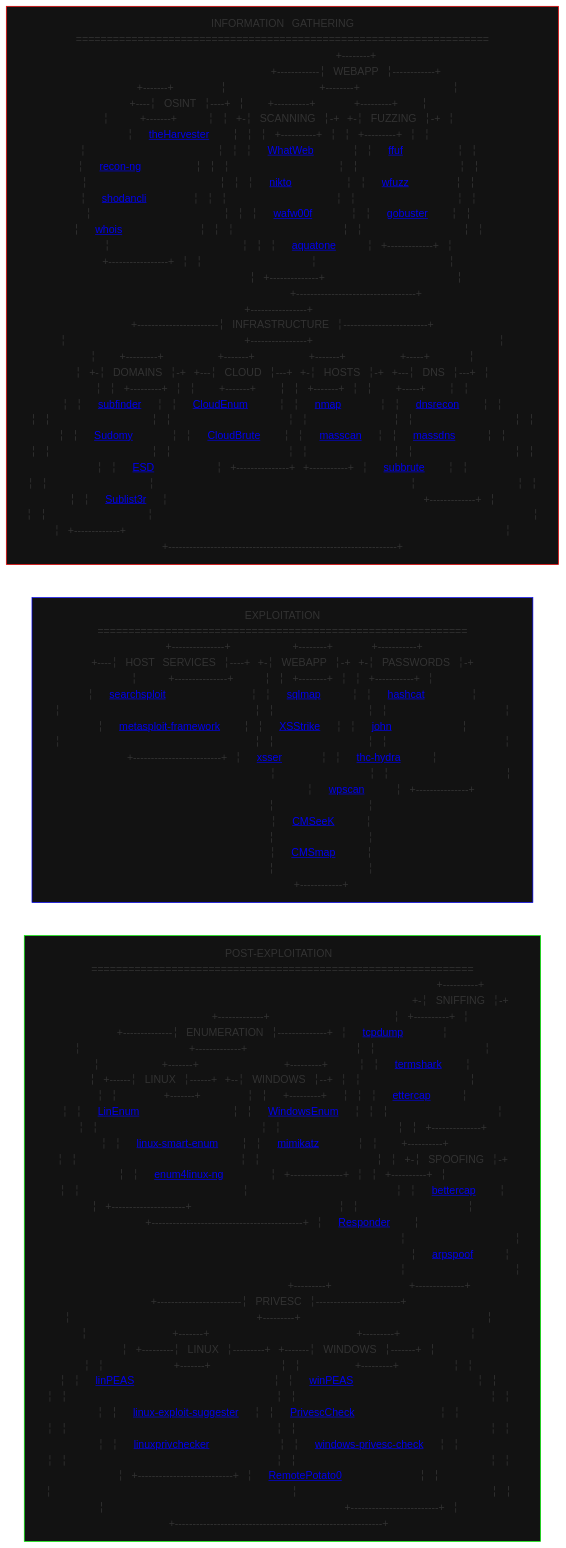
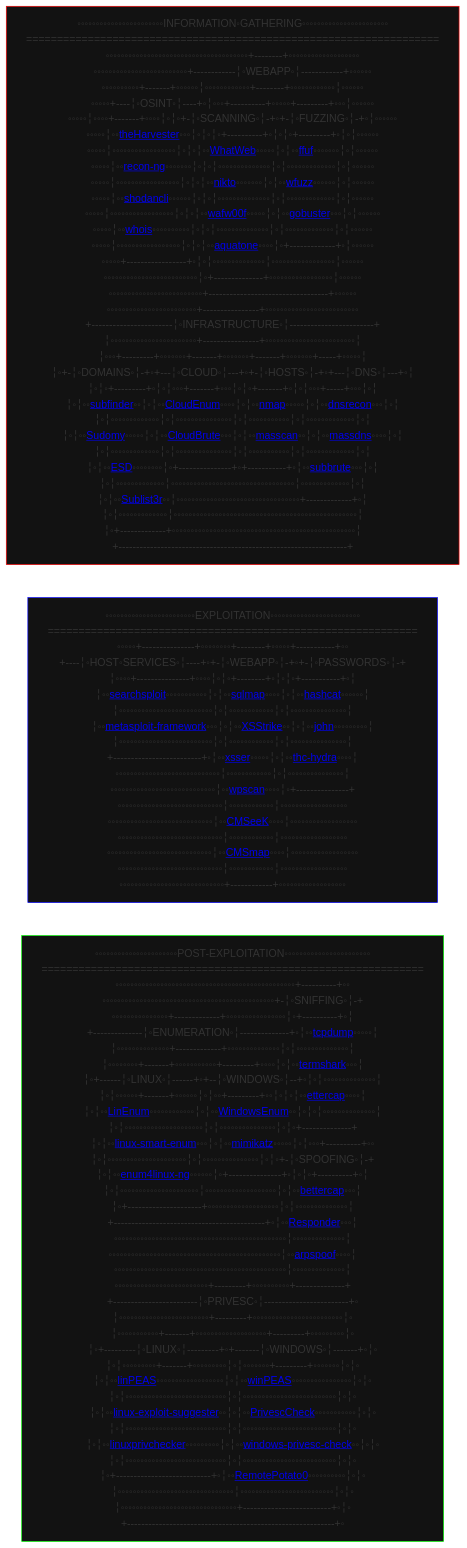
The diagram in README.md (Skalyaeve/a-process), drawn with Mermaid before and after one commit.

````diff
--- a/README.md
+++ b/README.md
@@ -1,99 +1,99 @@
 ```mermaid
 graph LR
 information-gathering[
-⠀⠀⠀⠀⠀⠀⠀⠀⠀⠀⠀⠀⠀⠀⠀⠀⠀⠀⠀⠀⠀⠀⠀INFORMATION⠀GATHERING⠀⠀⠀⠀⠀⠀⠀⠀⠀⠀⠀⠀⠀⠀⠀⠀⠀⠀⠀⠀⠀⠀⠀
+◦◦◦◦◦◦◦◦◦◦◦◦◦◦◦◦◦◦◦◦◦◦◦INFORMATION◦GATHERING◦◦◦◦◦◦◦◦◦◦◦◦◦◦◦◦◦◦◦◦◦◦◦
 ===================================================================
-⠀⠀⠀⠀⠀⠀⠀⠀⠀⠀⠀⠀⠀⠀⠀⠀⠀⠀⠀⠀⠀⠀⠀⠀⠀⠀⠀⠀⠀⠀⠀⠀⠀⠀⠀⠀⠀⠀+--------+⠀⠀⠀⠀⠀⠀⠀⠀⠀⠀⠀⠀⠀⠀⠀⠀⠀⠀⠀
-⠀⠀⠀⠀⠀⠀⠀⠀⠀⠀⠀⠀⠀⠀⠀⠀⠀⠀⠀⠀⠀⠀⠀⠀⠀+------------╎⠀WEBAPP⠀╎------------+⠀⠀⠀⠀⠀⠀
-⠀⠀⠀⠀⠀⠀⠀⠀⠀⠀+-------+⠀⠀⠀⠀⠀⠀╎⠀⠀⠀⠀⠀⠀⠀⠀⠀⠀⠀⠀+--------+⠀⠀⠀⠀⠀⠀⠀⠀⠀⠀⠀⠀╎⠀⠀⠀⠀⠀⠀
-⠀⠀⠀⠀⠀+----╎⠀OSINT⠀╎----+⠀╎⠀⠀⠀+----------+⠀⠀⠀⠀⠀+---------+⠀⠀⠀╎⠀⠀⠀⠀⠀⠀
-⠀⠀⠀⠀⠀╎⠀⠀⠀⠀+-------+⠀⠀⠀⠀╎⠀╎⠀+-╎⠀SCANNING⠀╎-+⠀+-╎⠀FUZZING⠀╎-+⠀╎⠀⠀⠀⠀⠀⠀
-⠀⠀⠀⠀⠀╎⠀⠀<a href='https://github.com/laramies/theHarvester'>theHarvester</a>⠀⠀⠀╎⠀╎⠀╎⠀+----------+⠀╎⠀╎⠀+---------+⠀╎⠀╎⠀⠀⠀⠀⠀⠀
-⠀⠀⠀⠀⠀╎⠀⠀⠀⠀⠀⠀⠀⠀⠀⠀⠀⠀⠀⠀⠀⠀⠀╎⠀╎⠀╎⠀⠀<a href='https://github.com/urbanadventurer/WhatWeb'>WhatWeb</a>⠀⠀⠀⠀⠀╎⠀╎⠀⠀<a href='https://github.com/ffuf/ffuf'>ffuf</a>⠀⠀⠀⠀⠀⠀⠀╎⠀╎⠀⠀⠀⠀⠀⠀
-⠀⠀⠀⠀⠀╎⠀⠀<a href='https://github.com/lanmaster53/recon-ng'>recon-ng</a>⠀⠀⠀⠀⠀⠀⠀╎⠀╎⠀╎⠀⠀⠀⠀⠀⠀⠀⠀⠀⠀⠀⠀⠀⠀╎⠀╎⠀⠀⠀⠀⠀⠀⠀⠀⠀⠀⠀⠀⠀╎⠀╎⠀⠀⠀⠀⠀⠀
-⠀⠀⠀⠀⠀╎⠀⠀⠀⠀⠀⠀⠀⠀⠀⠀⠀⠀⠀⠀⠀⠀⠀╎⠀╎⠀╎⠀⠀<a href='https://github.com/sullo/nikto'>nikto</a>⠀⠀⠀⠀⠀⠀⠀╎⠀╎⠀⠀<a href='https://github.com/xmendez/wfuzz'>wfuzz</a>⠀⠀⠀⠀⠀⠀╎⠀╎⠀⠀⠀⠀⠀⠀
-⠀⠀⠀⠀⠀╎⠀⠀<a href='https://github.com/malinkinsa/shodancli'>shodancli</a>⠀⠀⠀⠀⠀⠀╎⠀╎⠀╎⠀⠀⠀⠀⠀⠀⠀⠀⠀⠀⠀⠀⠀⠀╎⠀╎⠀⠀⠀⠀⠀⠀⠀⠀⠀⠀⠀⠀⠀╎⠀╎⠀⠀⠀⠀⠀⠀
-⠀⠀⠀⠀⠀╎⠀⠀⠀⠀⠀⠀⠀⠀⠀⠀⠀⠀⠀⠀⠀⠀⠀╎⠀╎⠀╎⠀⠀<a href='https://github.com/EnableSecurity/wafw00f'>wafw00f</a>⠀⠀⠀⠀⠀╎⠀╎⠀⠀<a href='https://github.com/OJ/gobuster'>gobuster</a>⠀⠀⠀╎⠀╎⠀⠀⠀⠀⠀⠀
-⠀⠀⠀⠀⠀╎⠀⠀<a href='https://github.com/weppos/whois'>whois</a>⠀⠀⠀⠀⠀⠀⠀⠀⠀⠀╎⠀╎⠀╎⠀⠀⠀⠀⠀⠀⠀⠀⠀⠀⠀⠀⠀⠀╎⠀╎⠀⠀⠀⠀⠀⠀⠀⠀⠀⠀⠀⠀⠀╎⠀╎⠀⠀⠀⠀⠀⠀
-⠀⠀⠀⠀⠀╎⠀⠀⠀⠀⠀⠀⠀⠀⠀⠀⠀⠀⠀⠀⠀⠀⠀╎⠀╎⠀╎⠀⠀<a href='https://github.com/michenriksen/aquatone'>aquatone</a>⠀⠀⠀⠀╎⠀+-------------+⠀╎⠀⠀⠀⠀⠀⠀
-⠀⠀⠀⠀⠀+-----------------+⠀╎⠀╎⠀⠀⠀⠀⠀⠀⠀⠀⠀⠀⠀⠀⠀⠀╎⠀⠀⠀⠀⠀⠀⠀⠀⠀⠀⠀⠀⠀⠀⠀⠀⠀╎⠀⠀⠀⠀⠀⠀
-⠀⠀⠀⠀⠀⠀⠀⠀⠀⠀⠀⠀⠀⠀⠀⠀⠀⠀⠀⠀⠀⠀⠀⠀⠀╎⠀+--------------+⠀⠀⠀⠀⠀⠀⠀⠀⠀⠀⠀⠀⠀⠀⠀⠀⠀╎⠀⠀⠀⠀⠀⠀
-⠀⠀⠀⠀⠀⠀⠀⠀⠀⠀⠀⠀⠀⠀⠀⠀⠀⠀⠀⠀⠀⠀⠀⠀⠀+----------------------------------+⠀⠀⠀⠀⠀⠀
-⠀⠀⠀⠀⠀⠀⠀⠀⠀⠀⠀⠀⠀⠀⠀⠀⠀⠀⠀⠀⠀⠀⠀⠀+----------------+⠀⠀⠀⠀⠀⠀⠀⠀⠀⠀⠀⠀⠀⠀⠀⠀⠀⠀⠀⠀⠀⠀⠀⠀⠀
-+-----------------------╎⠀INFRASTRUCTURE⠀╎------------------------+
-╎⠀⠀⠀⠀⠀⠀⠀⠀⠀⠀⠀⠀⠀⠀⠀⠀⠀⠀⠀⠀⠀⠀⠀+----------------+⠀⠀⠀⠀⠀⠀⠀⠀⠀⠀⠀⠀⠀⠀⠀⠀⠀⠀⠀⠀⠀⠀⠀⠀╎
-╎⠀⠀⠀+---------+⠀⠀⠀⠀⠀⠀⠀+-------+⠀⠀⠀⠀⠀⠀⠀+-------+⠀⠀⠀⠀⠀⠀⠀+-----+⠀⠀⠀⠀⠀╎
-╎⠀+-╎⠀DOMAINS⠀╎-+⠀+---╎⠀CLOUD⠀╎---+⠀+-╎⠀HOSTS⠀╎-+⠀+---╎⠀DNS⠀╎---+⠀╎
-╎⠀╎⠀+---------+⠀╎⠀╎⠀⠀⠀+-------+⠀⠀⠀╎⠀╎⠀+-------+⠀╎⠀╎⠀⠀⠀+-----+⠀⠀⠀╎⠀╎
-╎⠀╎⠀⠀<a href='https://github.com/projectdiscovery/subfinder'>subfinder</a>⠀⠀╎⠀╎⠀⠀<a href='https://github.com/initstring/cloud_enum'>CloudEnum</a>⠀⠀⠀⠀╎⠀╎⠀⠀<a href='https://github.com/nmap/nmap'>nmap</a>⠀⠀⠀⠀⠀╎⠀╎⠀⠀<a href='https://github.com/darkoperator/dnsrecon'>dnsrecon</a>⠀⠀⠀╎⠀╎
-╎⠀╎⠀⠀⠀⠀⠀⠀⠀⠀⠀⠀⠀⠀⠀╎⠀╎⠀⠀⠀⠀⠀⠀⠀⠀⠀⠀⠀⠀⠀⠀⠀╎⠀╎⠀⠀⠀⠀⠀⠀⠀⠀⠀⠀⠀╎⠀╎⠀⠀⠀⠀⠀⠀⠀⠀⠀⠀⠀⠀⠀╎⠀╎
-╎⠀╎⠀⠀<a href='https://github.com/screetsec/Sudomy'>Sudomy</a>⠀⠀⠀⠀⠀╎⠀╎⠀⠀<a href='https://github.com/0xsha/CloudBrute'>CloudBrute</a>⠀⠀⠀╎⠀╎⠀⠀<a href='https://github.com/robertdavidgraham/masscan'>masscan</a>⠀⠀╎⠀╎⠀⠀<a href='https://github.com/blechschmidt/massdns'>massdns</a>⠀⠀⠀⠀╎⠀╎
-╎⠀╎⠀⠀⠀⠀⠀⠀⠀⠀⠀⠀⠀⠀⠀╎⠀╎⠀⠀⠀⠀⠀⠀⠀⠀⠀⠀⠀⠀⠀⠀⠀╎⠀╎⠀⠀⠀⠀⠀⠀⠀⠀⠀⠀⠀╎⠀╎⠀⠀⠀⠀⠀⠀⠀⠀⠀⠀⠀⠀⠀╎⠀╎
-╎⠀╎⠀⠀<a href='https://github.com/FeeiCN/ESD?tab=readme-ov-file'>ESD</a>⠀⠀⠀⠀⠀⠀⠀⠀╎⠀+---------------+⠀+-----------+⠀╎⠀⠀<a href='https://github.com/TheRook/subbrute'>subbrute</a>⠀⠀⠀╎⠀╎
-╎⠀╎⠀⠀⠀⠀⠀⠀⠀⠀⠀⠀⠀⠀⠀╎⠀⠀⠀⠀⠀⠀⠀⠀⠀⠀⠀⠀⠀⠀⠀⠀⠀⠀⠀⠀⠀⠀⠀⠀⠀⠀⠀⠀⠀⠀⠀⠀⠀╎⠀⠀⠀⠀⠀⠀⠀⠀⠀⠀⠀⠀⠀╎⠀╎
-╎⠀╎⠀⠀<a href='https://github.com/aboul3la/Sublist3r'>Sublist3r</a>⠀⠀╎⠀⠀⠀⠀⠀⠀⠀⠀⠀⠀⠀⠀⠀⠀⠀⠀⠀⠀⠀⠀⠀⠀⠀⠀⠀⠀⠀⠀⠀⠀⠀⠀⠀+-------------+⠀╎
-╎⠀╎⠀⠀⠀⠀⠀⠀⠀⠀⠀⠀⠀⠀⠀╎⠀⠀⠀⠀⠀⠀⠀⠀⠀⠀⠀⠀⠀⠀⠀⠀⠀⠀⠀⠀⠀⠀⠀⠀⠀⠀⠀⠀⠀⠀⠀⠀⠀⠀⠀⠀⠀⠀⠀⠀⠀⠀⠀⠀⠀⠀⠀⠀⠀╎
-╎⠀+-------------+⠀⠀⠀⠀⠀⠀⠀⠀⠀⠀⠀⠀⠀⠀⠀⠀⠀⠀⠀⠀⠀⠀⠀⠀⠀⠀⠀⠀⠀⠀⠀⠀⠀⠀⠀⠀⠀⠀⠀⠀⠀⠀⠀⠀⠀⠀⠀⠀⠀╎
+◦◦◦◦◦◦◦◦◦◦◦◦◦◦◦◦◦◦◦◦◦◦◦◦◦◦◦◦◦◦◦◦◦◦◦◦◦◦+--------+◦◦◦◦◦◦◦◦◦◦◦◦◦◦◦◦◦◦◦
+◦◦◦◦◦◦◦◦◦◦◦◦◦◦◦◦◦◦◦◦◦◦◦◦◦+------------╎◦WEBAPP◦╎------------+◦◦◦◦◦◦
+◦◦◦◦◦◦◦◦◦◦+-------+◦◦◦◦◦◦╎◦◦◦◦◦◦◦◦◦◦◦◦+--------+◦◦◦◦◦◦◦◦◦◦◦◦╎◦◦◦◦◦◦
+◦◦◦◦◦+----╎◦OSINT◦╎----+◦╎◦◦◦+----------+◦◦◦◦◦+---------+◦◦◦╎◦◦◦◦◦◦
+◦◦◦◦◦╎◦◦◦◦+-------+◦◦◦◦╎◦╎◦+-╎◦SCANNING◦╎-+◦+-╎◦FUZZING◦╎-+◦╎◦◦◦◦◦◦
+◦◦◦◦◦╎◦◦<a href='https://github.com/laramies/theHarvester'>theHarvester</a>◦◦◦╎◦╎◦╎◦+----------+◦╎◦╎◦+---------+◦╎◦╎◦◦◦◦◦◦
+◦◦◦◦◦╎◦◦◦◦◦◦◦◦◦◦◦◦◦◦◦◦◦╎◦╎◦╎◦◦<a href='https://github.com/urbanadventurer/WhatWeb'>WhatWeb</a>◦◦◦◦◦╎◦╎◦◦<a href='https://github.com/ffuf/ffuf'>ffuf</a>◦◦◦◦◦◦◦╎◦╎◦◦◦◦◦◦
+◦◦◦◦◦╎◦◦<a href='https://github.com/lanmaster53/recon-ng'>recon-ng</a>◦◦◦◦◦◦◦╎◦╎◦╎◦◦◦◦◦◦◦◦◦◦◦◦◦◦╎◦╎◦◦◦◦◦◦◦◦◦◦◦◦◦╎◦╎◦◦◦◦◦◦
+◦◦◦◦◦╎◦◦◦◦◦◦◦◦◦◦◦◦◦◦◦◦◦╎◦╎◦╎◦◦<a href='https://github.com/sullo/nikto'>nikto</a>◦◦◦◦◦◦◦╎◦╎◦◦<a href='https://github.com/xmendez/wfuzz'>wfuzz</a>◦◦◦◦◦◦╎◦╎◦◦◦◦◦◦
+◦◦◦◦◦╎◦◦<a href='https://github.com/malinkinsa/shodancli'>shodancli</a>◦◦◦◦◦◦╎◦╎◦╎◦◦◦◦◦◦◦◦◦◦◦◦◦◦╎◦╎◦◦◦◦◦◦◦◦◦◦◦◦◦╎◦╎◦◦◦◦◦◦
+◦◦◦◦◦╎◦◦◦◦◦◦◦◦◦◦◦◦◦◦◦◦◦╎◦╎◦╎◦◦<a href='https://github.com/EnableSecurity/wafw00f'>wafw00f</a>◦◦◦◦◦╎◦╎◦◦<a href='https://github.com/OJ/gobuster'>gobuster</a>◦◦◦╎◦╎◦◦◦◦◦◦
+◦◦◦◦◦╎◦◦<a href='https://github.com/weppos/whois'>whois</a>◦◦◦◦◦◦◦◦◦◦╎◦╎◦╎◦◦◦◦◦◦◦◦◦◦◦◦◦◦╎◦╎◦◦◦◦◦◦◦◦◦◦◦◦◦╎◦╎◦◦◦◦◦◦
+◦◦◦◦◦╎◦◦◦◦◦◦◦◦◦◦◦◦◦◦◦◦◦╎◦╎◦╎◦◦<a href='https://github.com/michenriksen/aquatone'>aquatone</a>◦◦◦◦╎◦+-------------+◦╎◦◦◦◦◦◦
+◦◦◦◦◦+-----------------+◦╎◦╎◦◦◦◦◦◦◦◦◦◦◦◦◦◦╎◦◦◦◦◦◦◦◦◦◦◦◦◦◦◦◦◦╎◦◦◦◦◦◦
+◦◦◦◦◦◦◦◦◦◦◦◦◦◦◦◦◦◦◦◦◦◦◦◦◦╎◦+--------------+◦◦◦◦◦◦◦◦◦◦◦◦◦◦◦◦◦╎◦◦◦◦◦◦
+◦◦◦◦◦◦◦◦◦◦◦◦◦◦◦◦◦◦◦◦◦◦◦◦◦+----------------------------------+◦◦◦◦◦◦
+◦◦◦◦◦◦◦◦◦◦◦◦◦◦◦◦◦◦◦◦◦◦◦◦+----------------+◦◦◦◦◦◦◦◦◦◦◦◦◦◦◦◦◦◦◦◦◦◦◦◦◦
++-----------------------╎◦INFRASTRUCTURE◦╎------------------------+
+╎◦◦◦◦◦◦◦◦◦◦◦◦◦◦◦◦◦◦◦◦◦◦◦+----------------+◦◦◦◦◦◦◦◦◦◦◦◦◦◦◦◦◦◦◦◦◦◦◦◦╎
+╎◦◦◦+---------+◦◦◦◦◦◦◦+-------+◦◦◦◦◦◦◦+-------+◦◦◦◦◦◦◦+-----+◦◦◦◦◦╎
+╎◦+-╎◦DOMAINS◦╎-+◦+---╎◦CLOUD◦╎---+◦+-╎◦HOSTS◦╎-+◦+---╎◦DNS◦╎---+◦╎
+╎◦╎◦+---------+◦╎◦╎◦◦◦+-------+◦◦◦╎◦╎◦+-------+◦╎◦╎◦◦◦+-----+◦◦◦╎◦╎
+╎◦╎◦◦<a href='https://github.com/projectdiscovery/subfinder'>subfinder</a>◦◦╎◦╎◦◦<a href='https://github.com/initstring/cloud_enum'>CloudEnum</a>◦◦◦◦╎◦╎◦◦<a href='https://github.com/nmap/nmap'>nmap</a>◦◦◦◦◦╎◦╎◦◦<a href='https://github.com/darkoperator/dnsrecon'>dnsrecon</a>◦◦◦╎◦╎
+╎◦╎◦◦◦◦◦◦◦◦◦◦◦◦◦╎◦╎◦◦◦◦◦◦◦◦◦◦◦◦◦◦◦╎◦╎◦◦◦◦◦◦◦◦◦◦◦╎◦╎◦◦◦◦◦◦◦◦◦◦◦◦◦╎◦╎
+╎◦╎◦◦<a href='https://github.com/screetsec/Sudomy'>Sudomy</a>◦◦◦◦◦╎◦╎◦◦<a href='https://github.com/0xsha/CloudBrute'>CloudBrute</a>◦◦◦╎◦╎◦◦<a href='https://github.com/robertdavidgraham/masscan'>masscan</a>◦◦╎◦╎◦◦<a href='https://github.com/blechschmidt/massdns'>massdns</a>◦◦◦◦╎◦╎
+╎◦╎◦◦◦◦◦◦◦◦◦◦◦◦◦╎◦╎◦◦◦◦◦◦◦◦◦◦◦◦◦◦◦╎◦╎◦◦◦◦◦◦◦◦◦◦◦╎◦╎◦◦◦◦◦◦◦◦◦◦◦◦◦╎◦╎
+╎◦╎◦◦<a href='https://github.com/FeeiCN/ESD?tab=readme-ov-file'>ESD</a>◦◦◦◦◦◦◦◦╎◦+---------------+◦+-----------+◦╎◦◦<a href='https://github.com/TheRook/subbrute'>subbrute</a>◦◦◦╎◦╎
+╎◦╎◦◦◦◦◦◦◦◦◦◦◦◦◦╎◦◦◦◦◦◦◦◦◦◦◦◦◦◦◦◦◦◦◦◦◦◦◦◦◦◦◦◦◦◦◦◦◦╎◦◦◦◦◦◦◦◦◦◦◦◦◦╎◦╎
+╎◦╎◦◦<a href='https://github.com/aboul3la/Sublist3r'>Sublist3r</a>◦◦╎◦◦◦◦◦◦◦◦◦◦◦◦◦◦◦◦◦◦◦◦◦◦◦◦◦◦◦◦◦◦◦◦◦+-------------+◦╎
+╎◦╎◦◦◦◦◦◦◦◦◦◦◦◦◦╎◦◦◦◦◦◦◦◦◦◦◦◦◦◦◦◦◦◦◦◦◦◦◦◦◦◦◦◦◦◦◦◦◦◦◦◦◦◦◦◦◦◦◦◦◦◦◦◦◦╎
+╎◦+-------------+◦◦◦◦◦◦◦◦◦◦◦◦◦◦◦◦◦◦◦◦◦◦◦◦◦◦◦◦◦◦◦◦◦◦◦◦◦◦◦◦◦◦◦◦◦◦◦◦◦╎
 +-----------------------------------------------------------------+
 ]
 exploitation[
-⠀⠀⠀⠀⠀⠀⠀⠀⠀⠀⠀⠀⠀⠀⠀⠀⠀⠀⠀⠀⠀⠀⠀⠀EXPLOITATION⠀⠀⠀⠀⠀⠀⠀⠀⠀⠀⠀⠀⠀⠀⠀⠀⠀⠀⠀⠀⠀⠀⠀⠀
+◦◦◦◦◦◦◦◦◦◦◦◦◦◦◦◦◦◦◦◦◦◦◦◦EXPLOITATION◦◦◦◦◦◦◦◦◦◦◦◦◦◦◦◦◦◦◦◦◦◦◦◦
 ============================================================
-⠀⠀⠀⠀⠀+---------------+⠀⠀⠀⠀⠀⠀⠀⠀+--------+⠀⠀⠀⠀⠀+-----------+⠀⠀
-+----╎⠀HOST⠀SERVICES⠀╎----+⠀+-╎⠀WEBAPP⠀╎-+⠀+-╎⠀PASSWORDS⠀╎-+
-╎⠀⠀⠀⠀+---------------+⠀⠀⠀⠀╎⠀╎⠀+--------+⠀╎⠀╎⠀+-----------+⠀╎
-╎⠀⠀<a href='https://gitlab.com/exploit-database/exploitdb'>searchsploit</a>⠀⠀⠀⠀⠀⠀⠀⠀⠀⠀⠀╎⠀╎⠀⠀<a href='https://github.com/sqlmapproject/sqlmap'>sqlmap</a>⠀⠀⠀⠀╎⠀╎⠀⠀<a href='https://github.com/hashcat/hashcat'>hashcat</a>⠀⠀⠀⠀⠀⠀╎
-╎⠀⠀⠀⠀⠀⠀⠀⠀⠀⠀⠀⠀⠀⠀⠀⠀⠀⠀⠀⠀⠀⠀⠀⠀⠀╎⠀╎⠀⠀⠀⠀⠀⠀⠀⠀⠀⠀⠀⠀╎⠀╎⠀⠀⠀⠀⠀⠀⠀⠀⠀⠀⠀⠀⠀⠀⠀╎
-╎⠀⠀<a href='https://github.com/rapid7/metasploit-framework'>metasploit-framework</a>⠀⠀⠀╎⠀╎⠀⠀<a href='https://github.com/s0md3v/XSStrike'>XSStrike</a>⠀⠀╎⠀╎⠀⠀<a href='https://github.com/openwall/john'>john</a>⠀⠀⠀⠀⠀⠀⠀⠀⠀╎
-╎⠀⠀⠀⠀⠀⠀⠀⠀⠀⠀⠀⠀⠀⠀⠀⠀⠀⠀⠀⠀⠀⠀⠀⠀⠀╎⠀╎⠀⠀⠀⠀⠀⠀⠀⠀⠀⠀⠀⠀╎⠀╎⠀⠀⠀⠀⠀⠀⠀⠀⠀⠀⠀⠀⠀⠀⠀╎
-+-------------------------+⠀╎⠀⠀<a href='https://github.com/epsylon/xsser'>xsser</a>⠀⠀⠀⠀⠀╎⠀╎⠀⠀<a href='https://github.com/vanhauser-thc/thc-hydra'>thc-hydra</a>⠀⠀⠀⠀╎
-⠀⠀⠀⠀⠀⠀⠀⠀⠀⠀⠀⠀⠀⠀⠀⠀⠀⠀⠀⠀⠀⠀⠀⠀⠀⠀⠀⠀╎⠀⠀⠀⠀⠀⠀⠀⠀⠀⠀⠀⠀╎⠀╎⠀⠀⠀⠀⠀⠀⠀⠀⠀⠀⠀⠀⠀⠀⠀╎
-⠀⠀⠀⠀⠀⠀⠀⠀⠀⠀⠀⠀⠀⠀⠀⠀⠀⠀⠀⠀⠀⠀⠀⠀⠀⠀⠀⠀╎⠀⠀<a href='https://github.com/wpscanteam/wpscan'>wpscan</a>⠀⠀⠀⠀╎⠀+---------------+
-⠀⠀⠀⠀⠀⠀⠀⠀⠀⠀⠀⠀⠀⠀⠀⠀⠀⠀⠀⠀⠀⠀⠀⠀⠀⠀⠀⠀╎⠀⠀⠀⠀⠀⠀⠀⠀⠀⠀⠀⠀╎⠀⠀⠀⠀⠀⠀⠀⠀⠀⠀⠀⠀⠀⠀⠀⠀⠀⠀
-⠀⠀⠀⠀⠀⠀⠀⠀⠀⠀⠀⠀⠀⠀⠀⠀⠀⠀⠀⠀⠀⠀⠀⠀⠀⠀⠀⠀╎⠀⠀<a href='https://github.com/Tuhinshubhra/CMSeeK'>CMSeeK</a>⠀⠀⠀⠀╎⠀⠀⠀⠀⠀⠀⠀⠀⠀⠀⠀⠀⠀⠀⠀⠀⠀⠀
-⠀⠀⠀⠀⠀⠀⠀⠀⠀⠀⠀⠀⠀⠀⠀⠀⠀⠀⠀⠀⠀⠀⠀⠀⠀⠀⠀⠀╎⠀⠀⠀⠀⠀⠀⠀⠀⠀⠀⠀⠀╎⠀⠀⠀⠀⠀⠀⠀⠀⠀⠀⠀⠀⠀⠀⠀⠀⠀⠀
-⠀⠀⠀⠀⠀⠀⠀⠀⠀⠀⠀⠀⠀⠀⠀⠀⠀⠀⠀⠀⠀⠀⠀⠀⠀⠀⠀⠀╎⠀⠀<a href='https://github.com/dionach/CMSmap'>CMSmap</a>⠀⠀⠀⠀╎⠀⠀⠀⠀⠀⠀⠀⠀⠀⠀⠀⠀⠀⠀⠀⠀⠀⠀
-⠀⠀⠀⠀⠀⠀⠀⠀⠀⠀⠀⠀⠀⠀⠀⠀⠀⠀⠀⠀⠀⠀⠀⠀⠀⠀⠀⠀╎⠀⠀⠀⠀⠀⠀⠀⠀⠀⠀⠀⠀╎⠀⠀⠀⠀⠀⠀⠀⠀⠀⠀⠀⠀⠀⠀⠀⠀⠀⠀
-⠀⠀⠀⠀⠀⠀⠀⠀⠀⠀⠀⠀⠀⠀⠀⠀⠀⠀⠀⠀⠀⠀⠀⠀⠀⠀⠀⠀+------------+⠀⠀⠀⠀⠀⠀⠀⠀⠀⠀⠀⠀⠀⠀⠀⠀⠀⠀
+◦◦◦◦◦+---------------+◦◦◦◦◦◦◦◦+--------+◦◦◦◦◦+-----------+◦◦
++----╎◦HOST◦SERVICES◦╎----+◦+-╎◦WEBAPP◦╎-+◦+-╎◦PASSWORDS◦╎-+
+╎◦◦◦◦+---------------+◦◦◦◦╎◦╎◦+--------+◦╎◦╎◦+-----------+◦╎
+╎◦◦<a href='https://gitlab.com/exploit-database/exploitdb'>searchsploit</a>◦◦◦◦◦◦◦◦◦◦◦╎◦╎◦◦<a href='https://github.com/sqlmapproject/sqlmap'>sqlmap</a>◦◦◦◦╎◦╎◦◦<a href='https://github.com/hashcat/hashcat'>hashcat</a>◦◦◦◦◦◦╎
+╎◦◦◦◦◦◦◦◦◦◦◦◦◦◦◦◦◦◦◦◦◦◦◦◦◦╎◦╎◦◦◦◦◦◦◦◦◦◦◦◦╎◦╎◦◦◦◦◦◦◦◦◦◦◦◦◦◦◦╎
+╎◦◦<a href='https://github.com/rapid7/metasploit-framework'>metasploit-framework</a>◦◦◦╎◦╎◦◦<a href='https://github.com/s0md3v/XSStrike'>XSStrike</a>◦◦╎◦╎◦◦<a href='https://github.com/openwall/john'>john</a>◦◦◦◦◦◦◦◦◦╎
+╎◦◦◦◦◦◦◦◦◦◦◦◦◦◦◦◦◦◦◦◦◦◦◦◦◦╎◦╎◦◦◦◦◦◦◦◦◦◦◦◦╎◦╎◦◦◦◦◦◦◦◦◦◦◦◦◦◦◦╎
++-------------------------+◦╎◦◦<a href='https://github.com/epsylon/xsser'>xsser</a>◦◦◦◦◦╎◦╎◦◦<a href='https://github.com/vanhauser-thc/thc-hydra'>thc-hydra</a>◦◦◦◦╎
+◦◦◦◦◦◦◦◦◦◦◦◦◦◦◦◦◦◦◦◦◦◦◦◦◦◦◦◦╎◦◦◦◦◦◦◦◦◦◦◦◦╎◦╎◦◦◦◦◦◦◦◦◦◦◦◦◦◦◦╎
+◦◦◦◦◦◦◦◦◦◦◦◦◦◦◦◦◦◦◦◦◦◦◦◦◦◦◦◦╎◦◦<a href='https://github.com/wpscanteam/wpscan'>wpscan</a>◦◦◦◦╎◦+---------------+
+◦◦◦◦◦◦◦◦◦◦◦◦◦◦◦◦◦◦◦◦◦◦◦◦◦◦◦◦╎◦◦◦◦◦◦◦◦◦◦◦◦╎◦◦◦◦◦◦◦◦◦◦◦◦◦◦◦◦◦◦
+◦◦◦◦◦◦◦◦◦◦◦◦◦◦◦◦◦◦◦◦◦◦◦◦◦◦◦◦╎◦◦<a href='https://github.com/Tuhinshubhra/CMSeeK'>CMSeeK</a>◦◦◦◦╎◦◦◦◦◦◦◦◦◦◦◦◦◦◦◦◦◦◦
+◦◦◦◦◦◦◦◦◦◦◦◦◦◦◦◦◦◦◦◦◦◦◦◦◦◦◦◦╎◦◦◦◦◦◦◦◦◦◦◦◦╎◦◦◦◦◦◦◦◦◦◦◦◦◦◦◦◦◦◦
+◦◦◦◦◦◦◦◦◦◦◦◦◦◦◦◦◦◦◦◦◦◦◦◦◦◦◦◦╎◦◦<a href='https://github.com/dionach/CMSmap'>CMSmap</a>◦◦◦◦╎◦◦◦◦◦◦◦◦◦◦◦◦◦◦◦◦◦◦
+◦◦◦◦◦◦◦◦◦◦◦◦◦◦◦◦◦◦◦◦◦◦◦◦◦◦◦◦╎◦◦◦◦◦◦◦◦◦◦◦◦╎◦◦◦◦◦◦◦◦◦◦◦◦◦◦◦◦◦◦
+◦◦◦◦◦◦◦◦◦◦◦◦◦◦◦◦◦◦◦◦◦◦◦◦◦◦◦◦+------------+◦◦◦◦◦◦◦◦◦◦◦◦◦◦◦◦◦◦
 ]
 post-exploitation[
-⠀⠀⠀⠀⠀⠀⠀⠀⠀⠀⠀⠀⠀⠀⠀⠀⠀⠀⠀⠀⠀⠀POST-EXPLOITATION⠀⠀⠀⠀⠀⠀⠀⠀⠀⠀⠀⠀⠀⠀⠀⠀⠀⠀⠀⠀⠀⠀⠀
+◦◦◦◦◦◦◦◦◦◦◦◦◦◦◦◦◦◦◦◦◦◦POST-EXPLOITATION◦◦◦◦◦◦◦◦◦◦◦◦◦◦◦◦◦◦◦◦◦◦◦
 ==============================================================
-⠀⠀⠀⠀⠀⠀⠀⠀⠀⠀⠀⠀⠀⠀⠀⠀⠀⠀⠀⠀⠀⠀⠀⠀⠀⠀⠀⠀⠀⠀⠀⠀⠀⠀⠀⠀⠀⠀⠀⠀⠀⠀⠀⠀⠀⠀⠀⠀+----------+⠀⠀
-⠀⠀⠀⠀⠀⠀⠀⠀⠀⠀⠀⠀⠀⠀⠀⠀⠀⠀⠀⠀⠀⠀⠀⠀⠀⠀⠀⠀⠀⠀⠀⠀⠀⠀⠀⠀⠀⠀⠀⠀⠀⠀⠀⠀⠀⠀+-╎⠀SNIFFING⠀╎-+
-⠀⠀⠀⠀⠀⠀⠀⠀⠀⠀⠀⠀⠀⠀⠀+-------------+⠀⠀⠀⠀⠀⠀⠀⠀⠀⠀⠀⠀⠀⠀⠀⠀╎⠀+----------+⠀╎
-+--------------╎⠀ENUMERATION⠀╎--------------+⠀╎⠀⠀<a href='https://github.com/the-tcpdump-group/tcpdump'>tcpdump</a>⠀⠀⠀⠀⠀╎
-╎⠀⠀⠀⠀⠀⠀⠀⠀⠀⠀⠀⠀⠀⠀+-------------+⠀⠀⠀⠀⠀⠀⠀⠀⠀⠀⠀⠀⠀⠀╎⠀╎⠀⠀⠀⠀⠀⠀⠀⠀⠀⠀⠀⠀⠀⠀╎
-╎⠀⠀⠀⠀⠀⠀⠀⠀+-------+⠀⠀⠀⠀⠀⠀⠀⠀⠀⠀⠀+---------+⠀⠀⠀⠀╎⠀╎⠀⠀<a href='https://github.com/gcla/termshark'>termshark</a>⠀⠀⠀╎
-╎⠀+------╎⠀LINUX⠀╎------+⠀+--╎⠀WINDOWS⠀╎--+⠀╎⠀╎⠀⠀⠀⠀⠀⠀⠀⠀⠀⠀⠀⠀⠀⠀╎
-╎⠀╎⠀⠀⠀⠀⠀⠀+-------+⠀⠀⠀⠀⠀⠀╎⠀╎⠀⠀+---------+⠀⠀╎⠀╎⠀╎⠀⠀<a href='https://github.com/Ettercap/ettercap'>ettercap</a>⠀⠀⠀⠀╎
-╎⠀╎⠀⠀<a href='https://github.com/rebootuser/LinEnum'>LinEnum</a>⠀⠀⠀⠀⠀⠀⠀⠀⠀⠀⠀⠀╎⠀╎⠀⠀<a href='https://github.com/absolomb/WindowsEnum'>WindowsEnum</a>⠀⠀╎⠀╎⠀╎⠀⠀⠀⠀⠀⠀⠀⠀⠀⠀⠀⠀⠀⠀╎
-╎⠀╎⠀⠀⠀⠀⠀⠀⠀⠀⠀⠀⠀⠀⠀⠀⠀⠀⠀⠀⠀⠀⠀╎⠀╎⠀⠀⠀⠀⠀⠀⠀⠀⠀⠀⠀⠀⠀⠀⠀╎⠀╎⠀+--------------+
-╎⠀╎⠀⠀<a href='https://github.com/diego-treitos/linux-smart-enumeration'>linux-smart-enum</a>⠀⠀⠀╎⠀╎⠀⠀<a href='https://github.com/gentilkiwi/mimikatz'>mimikatz</a>⠀⠀⠀⠀⠀╎⠀╎⠀⠀⠀+----------+⠀⠀
-╎⠀╎⠀⠀⠀⠀⠀⠀⠀⠀⠀⠀⠀⠀⠀⠀⠀⠀⠀⠀⠀⠀⠀╎⠀╎⠀⠀⠀⠀⠀⠀⠀⠀⠀⠀⠀⠀⠀⠀⠀╎⠀╎⠀+-╎⠀SPOOFING⠀╎-+
-╎⠀╎⠀⠀<a href='https://github.com/cddmp/enum4linux-ng'>enum4linux-ng</a>⠀⠀⠀⠀⠀⠀╎⠀+---------------+⠀╎⠀╎⠀+----------+⠀╎
-╎⠀╎⠀⠀⠀⠀⠀⠀⠀⠀⠀⠀⠀⠀⠀⠀⠀⠀⠀⠀⠀⠀⠀╎⠀⠀⠀⠀⠀⠀⠀⠀⠀⠀⠀⠀⠀⠀⠀⠀⠀⠀⠀╎⠀╎⠀⠀<a href='https://github.com/bettercap/bettercap'>bettercap</a>⠀⠀⠀╎
-╎⠀+---------------------+⠀⠀⠀⠀⠀⠀⠀⠀⠀⠀⠀⠀⠀⠀⠀⠀⠀⠀⠀╎⠀╎⠀⠀⠀⠀⠀⠀⠀⠀⠀⠀⠀⠀⠀⠀╎
-+-------------------------------------------+⠀╎⠀⠀<a href='https://github.com/SpiderLabs/Responder'>Responder</a>⠀⠀⠀╎
-⠀⠀⠀⠀⠀⠀⠀⠀⠀⠀⠀⠀⠀⠀⠀⠀⠀⠀⠀⠀⠀⠀⠀⠀⠀⠀⠀⠀⠀⠀⠀⠀⠀⠀⠀⠀⠀⠀⠀⠀⠀⠀⠀⠀⠀⠀╎⠀⠀⠀⠀⠀⠀⠀⠀⠀⠀⠀⠀⠀⠀╎
-⠀⠀⠀⠀⠀⠀⠀⠀⠀⠀⠀⠀⠀⠀⠀⠀⠀⠀⠀⠀⠀⠀⠀⠀⠀⠀⠀⠀⠀⠀⠀⠀⠀⠀⠀⠀⠀⠀⠀⠀⠀⠀⠀⠀⠀⠀╎⠀⠀<a href='https://github.com/alandau/arpspoof'>arpspoof</a>⠀⠀⠀⠀╎
-⠀⠀⠀⠀⠀⠀⠀⠀⠀⠀⠀⠀⠀⠀⠀⠀⠀⠀⠀⠀⠀⠀⠀⠀⠀⠀⠀⠀⠀⠀⠀⠀⠀⠀⠀⠀⠀⠀⠀⠀⠀⠀⠀⠀⠀⠀╎⠀⠀⠀⠀⠀⠀⠀⠀⠀⠀⠀⠀⠀⠀╎
-⠀⠀⠀⠀⠀⠀⠀⠀⠀⠀⠀⠀⠀⠀⠀⠀⠀⠀⠀⠀⠀⠀⠀⠀⠀+---------+⠀⠀⠀⠀⠀⠀⠀⠀⠀⠀+--------------+
-+------------------------╎⠀PRIVESC⠀╎------------------------+⠀
-╎⠀⠀⠀⠀⠀⠀⠀⠀⠀⠀⠀⠀⠀⠀⠀⠀⠀⠀⠀⠀⠀⠀⠀⠀+---------+⠀⠀⠀⠀⠀⠀⠀⠀⠀⠀⠀⠀⠀⠀⠀⠀⠀⠀⠀⠀⠀⠀⠀⠀╎⠀
-╎⠀⠀⠀⠀⠀⠀⠀⠀⠀⠀⠀+-------+⠀⠀⠀⠀⠀⠀⠀⠀⠀⠀⠀⠀⠀⠀⠀⠀⠀⠀⠀+---------+⠀⠀⠀⠀⠀⠀⠀⠀⠀╎⠀
-╎⠀+---------╎⠀LINUX⠀╎---------+⠀+-------╎⠀WINDOWS⠀╎-------+⠀╎⠀
-╎⠀╎⠀⠀⠀⠀⠀⠀⠀⠀⠀+-------+⠀⠀⠀⠀⠀⠀⠀⠀⠀╎⠀╎⠀⠀⠀⠀⠀⠀⠀+---------+⠀⠀⠀⠀⠀⠀⠀╎⠀╎⠀
-╎⠀╎⠀⠀<a href='https://github.com/peass-ng/PEASS-ng/tree/master/linPEAS'>linPEAS</a>⠀⠀⠀⠀⠀⠀⠀⠀⠀⠀⠀⠀⠀⠀⠀⠀⠀⠀╎⠀╎⠀⠀<a href='https://github.com/peass-ng/PEASS-ng/tree/master/winPEAS'>winPEAS</a>⠀⠀⠀⠀⠀⠀⠀⠀⠀⠀⠀⠀⠀⠀⠀⠀╎⠀╎⠀
-╎⠀╎⠀⠀⠀⠀⠀⠀⠀⠀⠀⠀⠀⠀⠀⠀⠀⠀⠀⠀⠀⠀⠀⠀⠀⠀⠀⠀⠀╎⠀╎⠀⠀⠀⠀⠀⠀⠀⠀⠀⠀⠀⠀⠀⠀⠀⠀⠀⠀⠀⠀⠀⠀⠀⠀⠀╎⠀╎⠀
-╎⠀╎⠀⠀<a href='https://github.com/The-Z-Labs/linux-exploit-suggester'>linux-exploit-suggester</a>⠀⠀╎⠀╎⠀⠀<a href='https://github.com/itm4n/PrivescCheck'>PrivescCheck</a>⠀⠀⠀⠀⠀⠀⠀⠀⠀⠀⠀╎⠀╎⠀
-╎⠀╎⠀⠀⠀⠀⠀⠀⠀⠀⠀⠀⠀⠀⠀⠀⠀⠀⠀⠀⠀⠀⠀⠀⠀⠀⠀⠀⠀╎⠀╎⠀⠀⠀⠀⠀⠀⠀⠀⠀⠀⠀⠀⠀⠀⠀⠀⠀⠀⠀⠀⠀⠀⠀⠀⠀╎⠀╎⠀
-╎⠀╎⠀⠀<a href='https://github.com/sleventyeleven/linuxprivchecker'>linuxprivchecker</a>⠀⠀⠀⠀⠀⠀⠀⠀⠀╎⠀╎⠀⠀<a href='https://github.com/pentestmonkey/windows-privesc-check'>windows-privesc-check</a>⠀⠀╎⠀╎⠀
-╎⠀╎⠀⠀⠀⠀⠀⠀⠀⠀⠀⠀⠀⠀⠀⠀⠀⠀⠀⠀⠀⠀⠀⠀⠀⠀⠀⠀⠀╎⠀╎⠀⠀⠀⠀⠀⠀⠀⠀⠀⠀⠀⠀⠀⠀⠀⠀⠀⠀⠀⠀⠀⠀⠀⠀⠀╎⠀╎⠀
-╎⠀+---------------------------+⠀╎⠀⠀<a href='https://github.com/antonioCoco/RemotePotato0'>RemotePotato0</a>⠀⠀⠀⠀⠀⠀⠀⠀⠀⠀╎⠀╎⠀
-╎⠀⠀⠀⠀⠀⠀⠀⠀⠀⠀⠀⠀⠀⠀⠀⠀⠀⠀⠀⠀⠀⠀⠀⠀⠀⠀⠀⠀⠀⠀⠀╎⠀⠀⠀⠀⠀⠀⠀⠀⠀⠀⠀⠀⠀⠀⠀⠀⠀⠀⠀⠀⠀⠀⠀⠀⠀╎⠀╎⠀
-╎⠀⠀⠀⠀⠀⠀⠀⠀⠀⠀⠀⠀⠀⠀⠀⠀⠀⠀⠀⠀⠀⠀⠀⠀⠀⠀⠀⠀⠀⠀⠀+-------------------------+⠀╎⠀
-+-----------------------------------------------------------+⠀
+◦◦◦◦◦◦◦◦◦◦◦◦◦◦◦◦◦◦◦◦◦◦◦◦◦◦◦◦◦◦◦◦◦◦◦◦◦◦◦◦◦◦◦◦◦◦◦◦+----------+◦◦
+◦◦◦◦◦◦◦◦◦◦◦◦◦◦◦◦◦◦◦◦◦◦◦◦◦◦◦◦◦◦◦◦◦◦◦◦◦◦◦◦◦◦◦◦◦◦+-╎◦SNIFFING◦╎-+
+◦◦◦◦◦◦◦◦◦◦◦◦◦◦◦+-------------+◦◦◦◦◦◦◦◦◦◦◦◦◦◦◦◦╎◦+----------+◦╎
++--------------╎◦ENUMERATION◦╎--------------+◦╎◦◦<a href='https://github.com/the-tcpdump-group/tcpdump'>tcpdump</a>◦◦◦◦◦╎
+╎◦◦◦◦◦◦◦◦◦◦◦◦◦◦+-------------+◦◦◦◦◦◦◦◦◦◦◦◦◦◦╎◦╎◦◦◦◦◦◦◦◦◦◦◦◦◦◦╎
+╎◦◦◦◦◦◦◦◦+-------+◦◦◦◦◦◦◦◦◦◦◦+---------+◦◦◦◦╎◦╎◦◦<a href='https://github.com/gcla/termshark'>termshark</a>◦◦◦╎
+╎◦+------╎◦LINUX◦╎------+◦+--╎◦WINDOWS◦╎--+◦╎◦╎◦◦◦◦◦◦◦◦◦◦◦◦◦◦╎
+╎◦╎◦◦◦◦◦◦+-------+◦◦◦◦◦◦╎◦╎◦◦+---------+◦◦╎◦╎◦╎◦◦<a href='https://github.com/Ettercap/ettercap'>ettercap</a>◦◦◦◦╎
+╎◦╎◦◦<a href='https://github.com/rebootuser/LinEnum'>LinEnum</a>◦◦◦◦◦◦◦◦◦◦◦◦╎◦╎◦◦<a href='https://github.com/absolomb/WindowsEnum'>WindowsEnum</a>◦◦╎◦╎◦╎◦◦◦◦◦◦◦◦◦◦◦◦◦◦╎
+╎◦╎◦◦◦◦◦◦◦◦◦◦◦◦◦◦◦◦◦◦◦◦◦╎◦╎◦◦◦◦◦◦◦◦◦◦◦◦◦◦◦╎◦╎◦+--------------+
+╎◦╎◦◦<a href='https://github.com/diego-treitos/linux-smart-enumeration'>linux-smart-enum</a>◦◦◦╎◦╎◦◦<a href='https://github.com/gentilkiwi/mimikatz'>mimikatz</a>◦◦◦◦◦╎◦╎◦◦◦+----------+◦◦
+╎◦╎◦◦◦◦◦◦◦◦◦◦◦◦◦◦◦◦◦◦◦◦◦╎◦╎◦◦◦◦◦◦◦◦◦◦◦◦◦◦◦╎◦╎◦+-╎◦SPOOFING◦╎-+
+╎◦╎◦◦<a href='https://github.com/cddmp/enum4linux-ng'>enum4linux-ng</a>◦◦◦◦◦◦╎◦+---------------+◦╎◦╎◦+----------+◦╎
+╎◦╎◦◦◦◦◦◦◦◦◦◦◦◦◦◦◦◦◦◦◦◦◦╎◦◦◦◦◦◦◦◦◦◦◦◦◦◦◦◦◦◦◦╎◦╎◦◦<a href='https://github.com/bettercap/bettercap'>bettercap</a>◦◦◦╎
+╎◦+---------------------+◦◦◦◦◦◦◦◦◦◦◦◦◦◦◦◦◦◦◦╎◦╎◦◦◦◦◦◦◦◦◦◦◦◦◦◦╎
++-------------------------------------------+◦╎◦◦<a href='https://github.com/SpiderLabs/Responder'>Responder</a>◦◦◦╎
+◦◦◦◦◦◦◦◦◦◦◦◦◦◦◦◦◦◦◦◦◦◦◦◦◦◦◦◦◦◦◦◦◦◦◦◦◦◦◦◦◦◦◦◦◦◦╎◦◦◦◦◦◦◦◦◦◦◦◦◦◦╎
+◦◦◦◦◦◦◦◦◦◦◦◦◦◦◦◦◦◦◦◦◦◦◦◦◦◦◦◦◦◦◦◦◦◦◦◦◦◦◦◦◦◦◦◦◦◦╎◦◦<a href='https://github.com/alandau/arpspoof'>arpspoof</a>◦◦◦◦╎
+◦◦◦◦◦◦◦◦◦◦◦◦◦◦◦◦◦◦◦◦◦◦◦◦◦◦◦◦◦◦◦◦◦◦◦◦◦◦◦◦◦◦◦◦◦◦╎◦◦◦◦◦◦◦◦◦◦◦◦◦◦╎
+◦◦◦◦◦◦◦◦◦◦◦◦◦◦◦◦◦◦◦◦◦◦◦◦◦+---------+◦◦◦◦◦◦◦◦◦◦+--------------+
++------------------------╎◦PRIVESC◦╎------------------------+◦
+╎◦◦◦◦◦◦◦◦◦◦◦◦◦◦◦◦◦◦◦◦◦◦◦◦+---------+◦◦◦◦◦◦◦◦◦◦◦◦◦◦◦◦◦◦◦◦◦◦◦◦╎◦
+╎◦◦◦◦◦◦◦◦◦◦◦+-------+◦◦◦◦◦◦◦◦◦◦◦◦◦◦◦◦◦◦◦+---------+◦◦◦◦◦◦◦◦◦╎◦
+╎◦+---------╎◦LINUX◦╎---------+◦+-------╎◦WINDOWS◦╎-------+◦╎◦
+╎◦╎◦◦◦◦◦◦◦◦◦+-------+◦◦◦◦◦◦◦◦◦╎◦╎◦◦◦◦◦◦◦+---------+◦◦◦◦◦◦◦╎◦╎◦
+╎◦╎◦◦<a href='https://github.com/peass-ng/PEASS-ng/tree/master/linPEAS'>linPEAS</a>◦◦◦◦◦◦◦◦◦◦◦◦◦◦◦◦◦◦╎◦╎◦◦<a href='https://github.com/peass-ng/PEASS-ng/tree/master/winPEAS'>winPEAS</a>◦◦◦◦◦◦◦◦◦◦◦◦◦◦◦◦╎◦╎◦
+╎◦╎◦◦◦◦◦◦◦◦◦◦◦◦◦◦◦◦◦◦◦◦◦◦◦◦◦◦◦╎◦╎◦◦◦◦◦◦◦◦◦◦◦◦◦◦◦◦◦◦◦◦◦◦◦◦◦╎◦╎◦
+╎◦╎◦◦<a href='https://github.com/The-Z-Labs/linux-exploit-suggester'>linux-exploit-suggester</a>◦◦╎◦╎◦◦<a href='https://github.com/itm4n/PrivescCheck'>PrivescCheck</a>◦◦◦◦◦◦◦◦◦◦◦╎◦╎◦
+╎◦╎◦◦◦◦◦◦◦◦◦◦◦◦◦◦◦◦◦◦◦◦◦◦◦◦◦◦◦╎◦╎◦◦◦◦◦◦◦◦◦◦◦◦◦◦◦◦◦◦◦◦◦◦◦◦◦╎◦╎◦
+╎◦╎◦◦<a href='https://github.com/sleventyeleven/linuxprivchecker'>linuxprivchecker</a>◦◦◦◦◦◦◦◦◦╎◦╎◦◦<a href='https://github.com/pentestmonkey/windows-privesc-check'>windows-privesc-check</a>◦◦╎◦╎◦
+╎◦╎◦◦◦◦◦◦◦◦◦◦◦◦◦◦◦◦◦◦◦◦◦◦◦◦◦◦◦╎◦╎◦◦◦◦◦◦◦◦◦◦◦◦◦◦◦◦◦◦◦◦◦◦◦◦◦╎◦╎◦
+╎◦+---------------------------+◦╎◦◦<a href='https://github.com/antonioCoco/RemotePotato0'>RemotePotato0</a>◦◦◦◦◦◦◦◦◦◦╎◦╎◦
+╎◦◦◦◦◦◦◦◦◦◦◦◦◦◦◦◦◦◦◦◦◦◦◦◦◦◦◦◦◦◦◦╎◦◦◦◦◦◦◦◦◦◦◦◦◦◦◦◦◦◦◦◦◦◦◦◦◦╎◦╎◦
+╎◦◦◦◦◦◦◦◦◦◦◦◦◦◦◦◦◦◦◦◦◦◦◦◦◦◦◦◦◦◦◦+-------------------------+◦╎◦
++-----------------------------------------------------------+◦
 ]
 style information-gathering fill:#121212,stroke:#ff0000
 style exploitation fill:#121212,stroke:#0000ff
````
